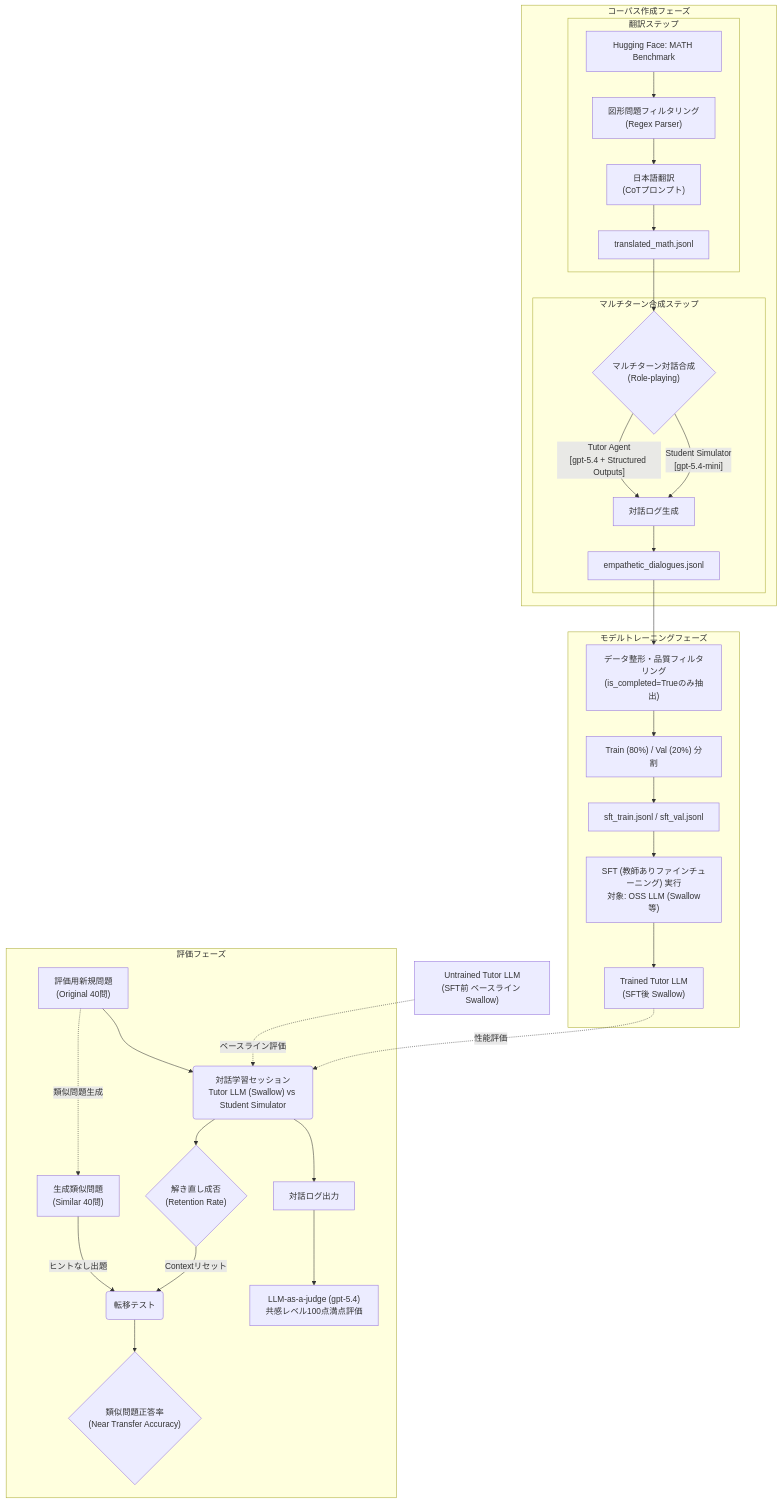
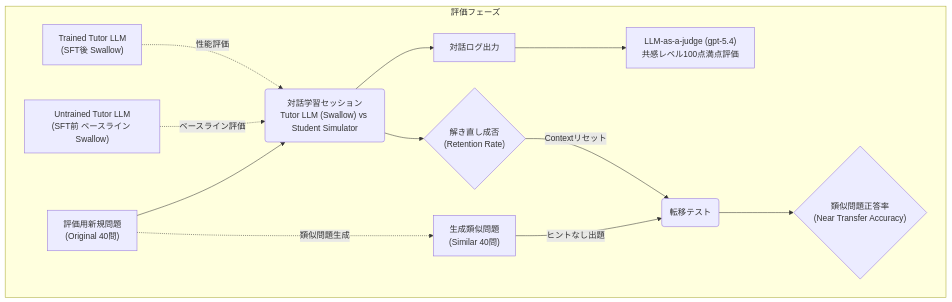
One commit to Kohki-tyl/empathetic-AItutor changed the third of 3 diagrams in README.md. Above: the diagram before and after it, drawn with Mermaid.

Commit message:
Enhance README with pipeline architecture details
Added detailed descriptions and flowcharts for the corpus creation, model training, and evaluation phases in the README.

````diff
--- a/README.md
+++ b/README.md
@@ -29,41 +58,16 @@
 ```mermaid
 flowchart TD
-    subgraph Phase 1: Corpus Creation [コーパス作成フェーズ]
-        subgraph Step 1: Translation [翻訳ステップ]
-            A["Hugging Face: MATH Benchmark"] --> B1["図形問題フィルタリング<br>(Regex Parser)"]
-            B1 --> B2["日本語翻訳<br>(CoTプロンプト)"]
-            B2 --> C["translated_math.jsonl"]
-        end
-        subgraph Step 2: Multi-turn Synthesis [マルチターン合成ステップ]
-            C --> D{"マルチターン対話合成<br>(Role-playing)"}
-            D -- "Student Simulator<br>[gpt-5.4-mini]" --> E["対話ログ生成"]
-            D -- "Tutor Agent<br>[gpt-5.4 + Structured Outputs]" --> E
-            E --> F["empathetic_dialogues.jsonl"]
-        end
-    end
-
-    subgraph Phase 2: Model Training [モデルトレーニングフェーズ]
-        F --> G["データ整形・品質フィルタリング<br>(is_completed=Trueのみ抽出)"]
-        G --> H["Train (80%) / Val (20%) 分割"]
-        H --> I["sft_train.jsonl / sft_val.jsonl"]
-        I --> J["SFT (教師ありファインチューニング) 実行<br>対象: OSS LLM (Swallow等)"]
-        J --> K["Trained Tutor LLM<br>(SFT後 Swallow)"]
-    end
-
-    U["Untrained Tutor LLM<br>(SFT前 ベースライン Swallow)"]
-
     subgraph Phase 3: Evaluation [評価フェーズ]
+        K["Trained Tutor LLM<br>(SFT後 Swallow)"] -.->|"性能評価"| M
+        U["Untrained Tutor LLM<br>(SFT前 ベースライン Swallow)"] -.->|"ベースライン評価"| M
         L["評価用新規問題<br>(Original 40問)"] --> M("対話学習セッション<br>Tutor LLM (Swallow) vs Student Simulator")
         L -.->|"類似問題生成"| R["生成類似問題<br>(Similar 40問)"]
         M --> N["対話ログ出力"]
         N --> O["LLM-as-a-judge (gpt-5.4)<br>共感レベル100点満点評価"]
         M --> P{"解き直し成否<br>(Retention Rate)"}
 
         P -->|Contextリセット| Q("転移テスト")
         R -->|ヒントなし出題| Q
         Q --> S{"類似問題正答率<br>(Near Transfer Accuracy)"}
     end
-    
-    K -.->|"性能評価"| M
-    U -.->|"ベースライン評価"| M
 ```
````
